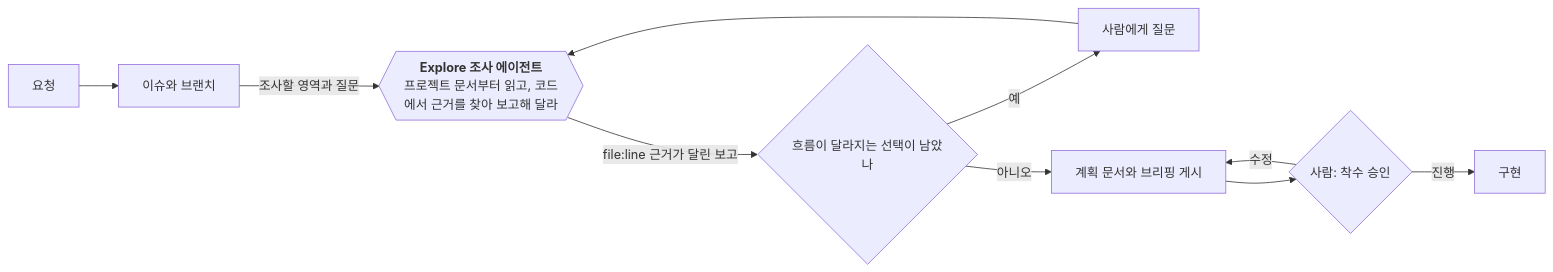
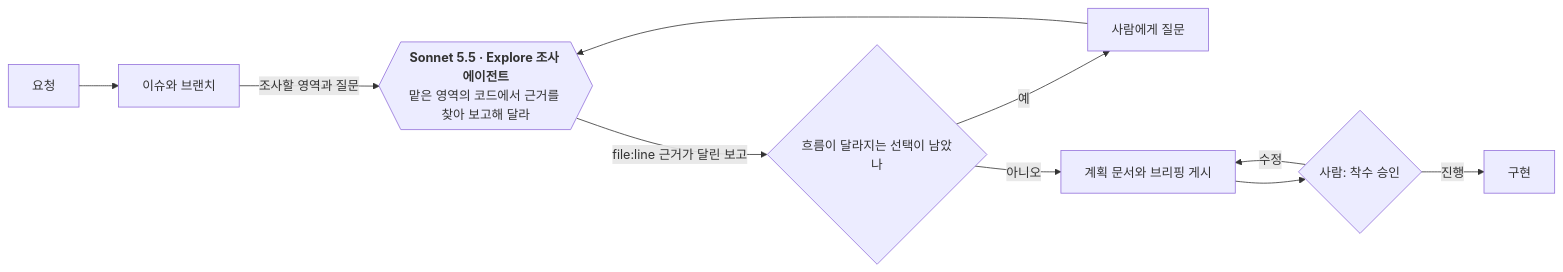
One commit to dincal/agent_logbook changed the first of 5 diagrams in docs/system/flows.md. Above: the diagram before and after it, drawn with Mermaid. The commit also changed other lines of this file and 17 other files, not shown here.

````diff
--- a/docs/system/flows.md
+++ b/docs/system/flows.md
@@ -19,13 +20,13 @@
 ```mermaid
 flowchart LR
   A["요청"] --> B["이슈와 브랜치"]
-  B -->|"조사할 영역과 질문"| C{{"`**Explore 조사 에이전트**
-  프로젝트 문서부터 읽고, 코드에서 근거를 찾아 보고해 달라`"}}
+  B -->|"조사할 영역과 질문"| C{{"`**Sonnet 5.5 · Explore 조사 에이전트**
+  맡은 영역의 코드에서 근거를 찾아 보고해 달라`"}}
   C -->|"file:line 근거가 달린 보고"| D{"흐름이 달라지는 선택이 남았나"}
   D -->|"예"| Q["사람에게 질문"]
   Q --> C
   D -->|"아니오"| E["계획 문서와 브리핑 게시"]
   E --> F{"사람: 착수 승인"}
   F -->|"진행"| G["구현"]
   F -->|"수정"| E
 ```
````
